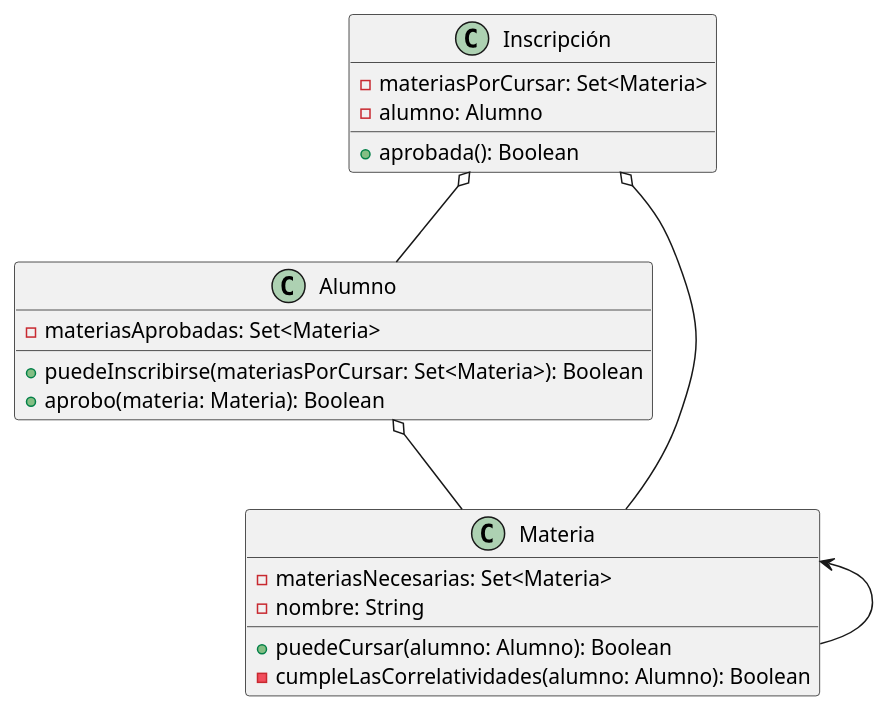
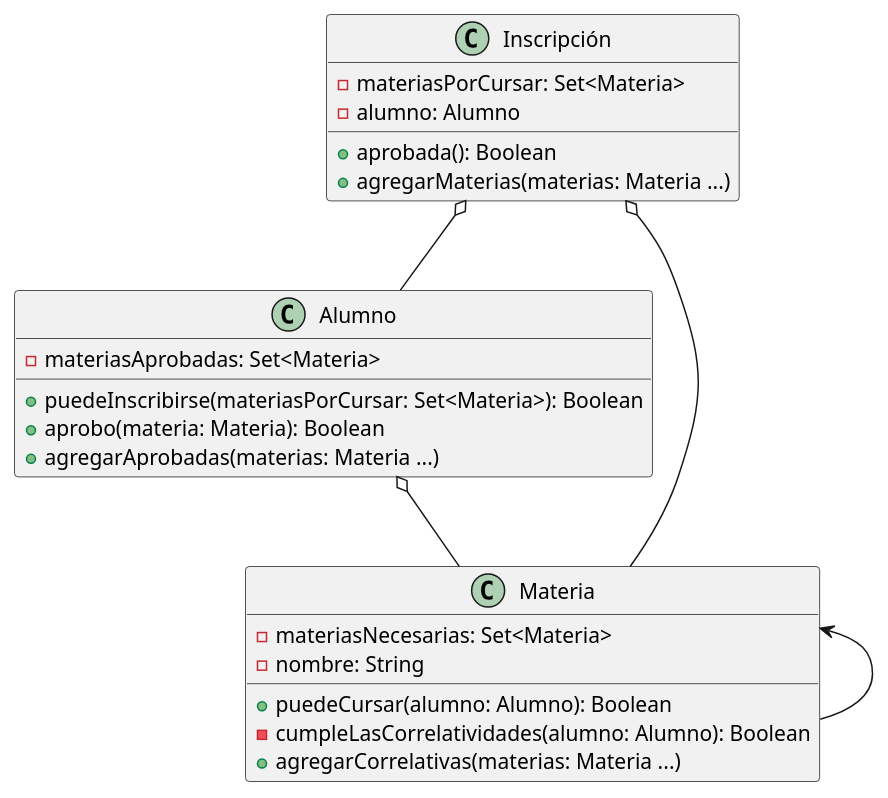
The diagram in diagramaDeClases.puml (valenosa/PracticasDDS), drawn with PlantUML before and after one commit.

Commit message:
Actualización del diagrama de clases

```diff
--- a/diagramaDeClases.puml
+++ b/diagramaDeClases.puml
@@ -1,31 +1,34 @@
 @startuml
 
 class Inscripción{
 + aprobada(): Boolean /'Representa la aprobación de la inscripción en sí. La inscripción está aprobada si el Alumno puedeInscribirse'/
 - materiasPorCursar: Set<Materia>
 - alumno: Alumno
++ agregarMaterias(materias: Materia ...)
 }
 
 class Alumno{
 + puedeInscribirse(materiasPorCursar: Set<Materia>): Boolean /'El Alumno puedeInscribirse si puedeCursar cada Materia'/
 - materiasAprobadas: Set<Materia>
 '- nombre: String
 + aprobo(materia: Materia): Boolean /'El Alumno aprobó la materia si forma parte de sus materiasAprobadas'/
++ agregarAprobadas(materias: Materia ...)
 }
 
 class Materia{
 - materiasNecesarias: Set<Materia>
 + puedeCursar(alumno: Alumno): Boolean /'El Alumno puedeCursar la Materia si cumpleLasCorrelatividades()'/
 - cumpleLasCorrelatividades(alumno: Alumno): Boolean /'El Alumno cumple cumpleLasCorrelatividades si aprobo las materiasNecesarias'/
 - nombre: String
++ agregarCorrelativas(materias: Materia ...)
 }
 
 'Hay agregación porque las aterias forman parte de la isncripción
 Inscripción o-- Materia
 Inscripción o-- Alumno
 
 Alumno o-- Materia
 
 'No hay agregación porque las amterias no forman parte de la materia, si no que se tiene referencia a ellas solo para poder analizar las correlatividades
 Materia <-- Materia
 @enduml
```
